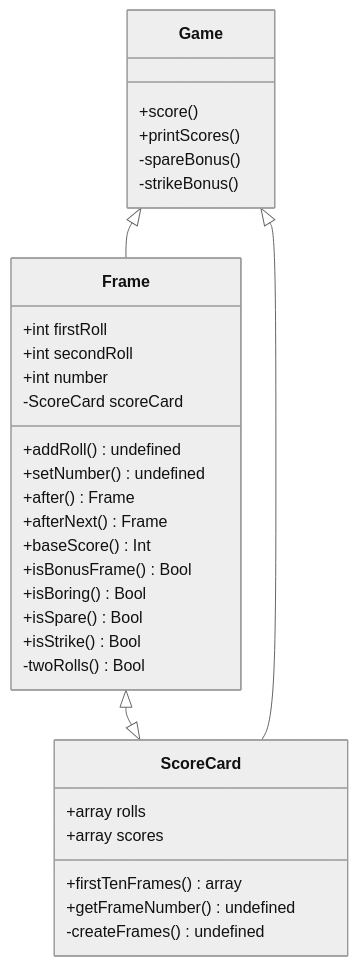
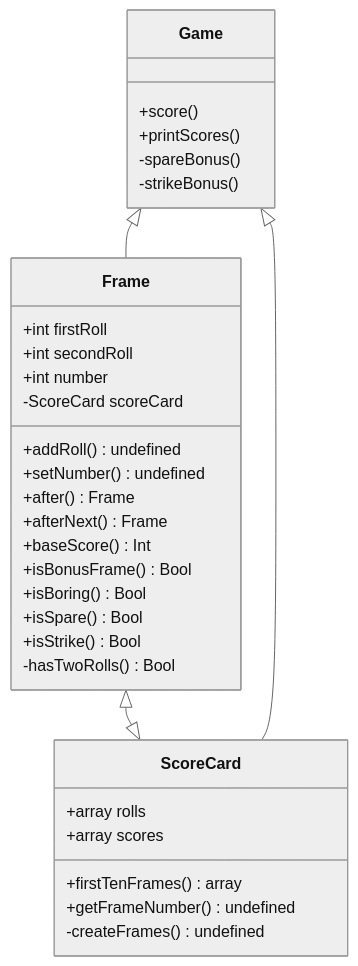
The diagram in CLASSES.md (makersacademy/bowling-challenge), drawn with Mermaid (neutral theme) before and after one commit. The commit also changed 2 other files, not shown here.

Commit message:
Adding hasTwoRolls() function to Frame class

````diff
--- a/CLASSES.md
+++ b/CLASSES.md
@@ -1,44 +1,44 @@
 ```mermaid 
  classDiagram
       class Frame{
           +int firstRoll
           +int secondRoll
           +int number
 
           -ScoreCard scoreCard
           
           +addRoll() undefined
           +setNumber() undefined
           +after() Frame
           +afterNext() Frame
           +baseScore() Int
           +isBonusFrame() Bool
           +isBoring() Bool
           +isSpare() Bool
           +isStrike() Bool
 
-          -twoRolls() Bool
+          -hasTwoRolls() Bool
       }
 
       class ScoreCard{
           +array rolls
           +array scores
 
           +firstTenFrames() array
           +getFrameNumber() undefined
 
           -createFrames() undefined
       }
 
       class Game{
         +score()
         +printScores()
 
         -spareBonus()
         -strikeBonus()
       }
 
       Frame <|--|> ScoreCard
       Game <|-- Frame
       Game <|-- ScoreCard
 ```
````
